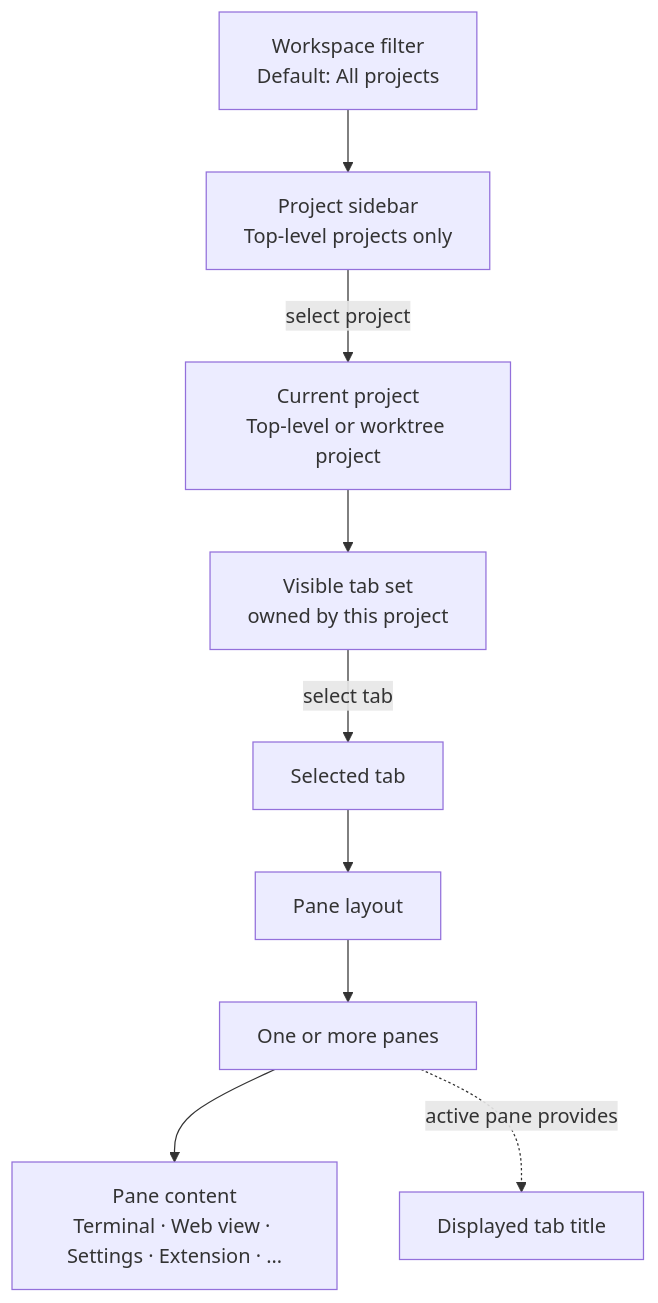
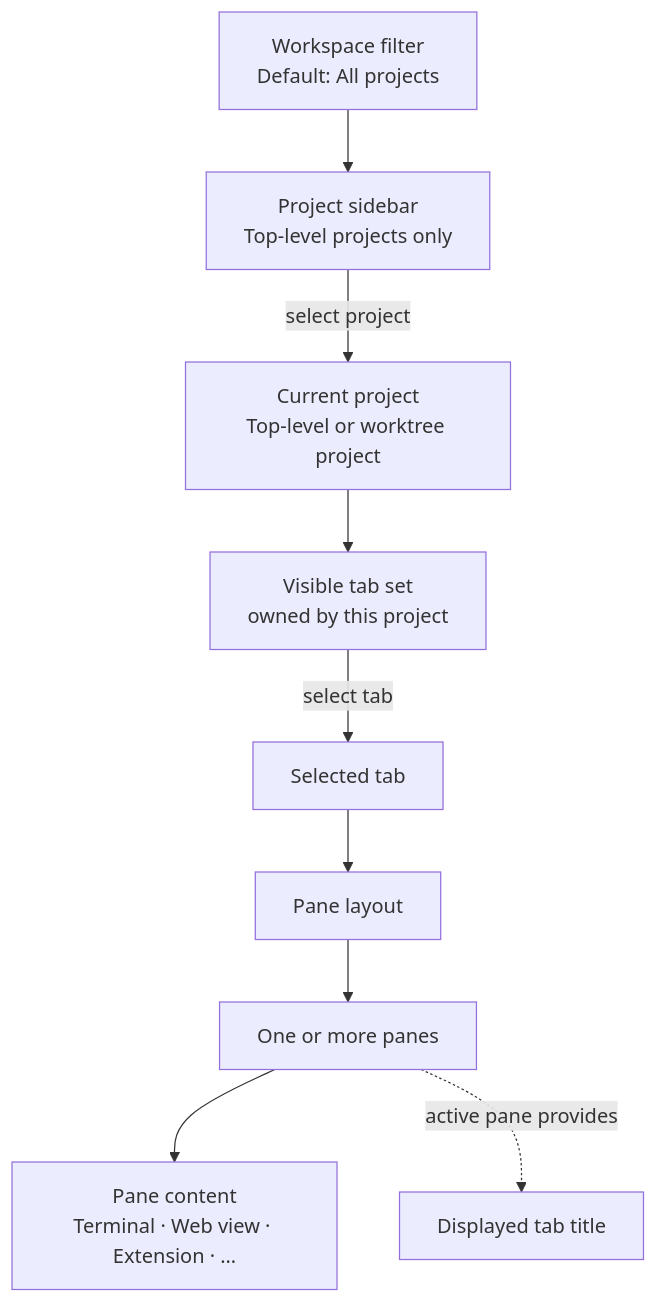
The second of 2 diagrams in docs/product/app-model.md (guppylab/muxy), drawn with Mermaid before and after one commit. The commit also changed other lines of this file and 43 other files, not shown here.

````diff
--- a/docs/product/app-model.md
+++ b/docs/product/app-model.md
@@ -78,11 +78,11 @@
 ```mermaid
 flowchart TB
     FILTER["Workspace filter<br/>Default: All projects"] --> LIST["Project sidebar<br/>Top-level projects only"]
     LIST -->|"select project"| PROJECT["Current project<br/>Top-level or worktree project"]
     PROJECT --> TABS["Visible tab set<br/>owned by this project"]
     TABS -->|"select tab"| TAB["Selected tab"]
     TAB --> LAYOUT["Pane layout"]
     LAYOUT --> PANE["One or more panes"]
-    PANE --> CONTENT["Pane content<br/>Terminal · Web view · Settings · Extension · …"]
+    PANE --> CONTENT["Pane content<br/>Terminal · Web view · Extension · …"]
     PANE -.->|"active pane provides"| TITLE["Displayed tab title"]
 ```
````
